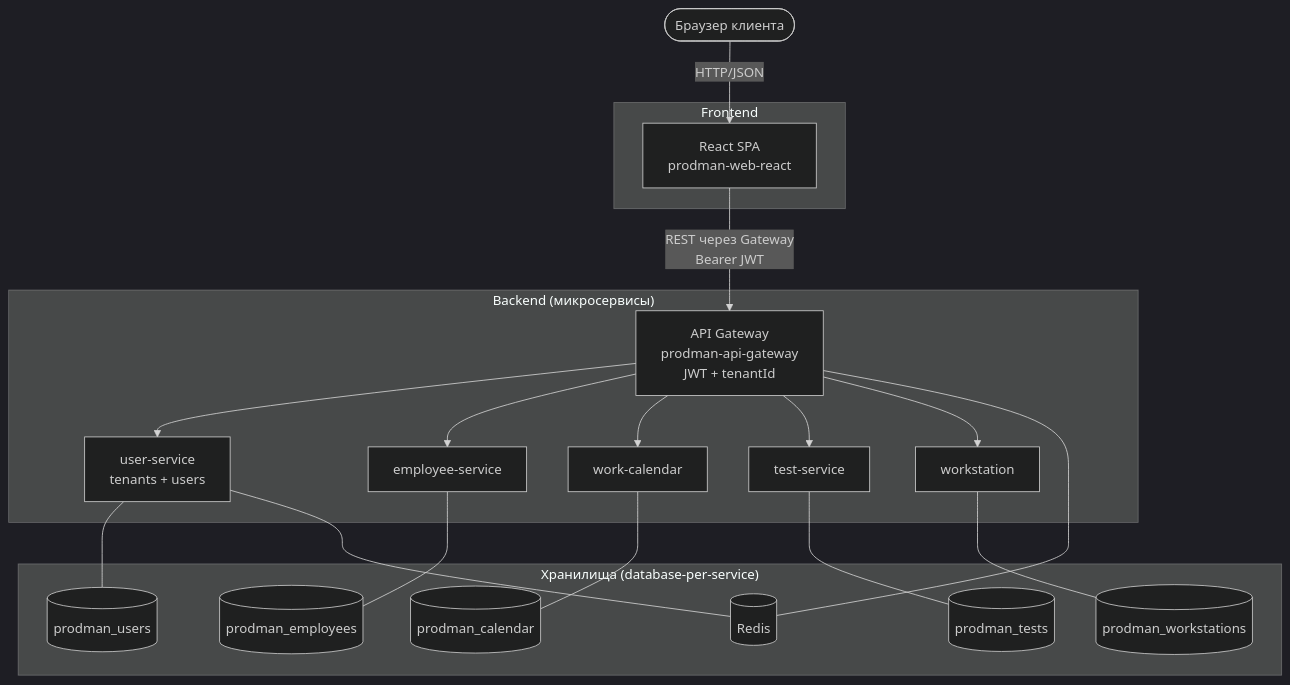
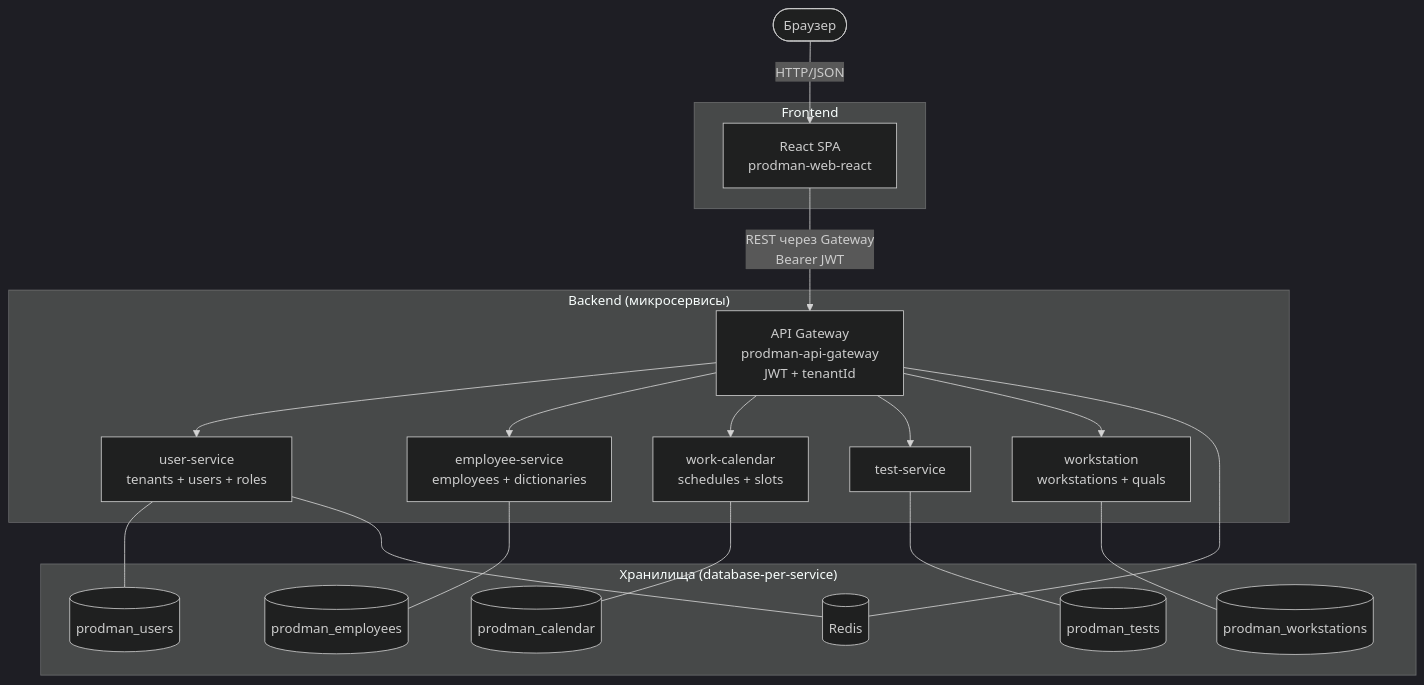
One commit to DaurenMash/production_manager changed the second of 6 diagrams in docs/architecture.md. Above: the diagram before and after it, drawn with Mermaid (dark theme). The commit also changed other lines of this file and 61 other files, not shown here.

````diff
--- a/docs/architecture.md
+++ b/docs/architecture.md
@@ -25,44 +25,44 @@
 ```mermaid
 flowchart TB
-    Browser([Браузер клиента])
+    Browser([Браузер])
 
     subgraph Front["Frontend"]
         SPA[React SPA<br/>prodman-web-react]
     end
 
     subgraph Back["Backend (микросервисы)"]
         GW[API Gateway<br/>prodman-api-gateway<br/>JWT + tenantId]
-        US[user-service<br/>tenants + users]
-        ES[employee-service]
-        WC[work-calendar]
+        US[user-service<br/>tenants + users + roles]
+        ES[employee-service<br/>employees + dictionaries]
+        WC[work-calendar<br/>schedules + slots]
         TS[test-service]
-        WS[workstation]
+        WS[workstation<br/>workstations + quals]
     end
 
     subgraph Data["Хранилища (database-per-service)"]
         DBU[(prodman_users)]
         DBE[(prodman_employees)]
         DBW[(prodman_calendar)]
         DBT[(prodman_tests)]
         DBX[(prodman_workstations)]
         RDS[(Redis)]
     end
 
     Browser -->|HTTP/JSON| SPA
     SPA -->|REST через Gateway<br/>Bearer JWT| GW
 
     GW --> US
     GW --> ES
     GW --> WC
     GW --> TS
     GW --> WS
 
     US --- DBU
     ES --- DBE
     WC --- DBW
     TS --- DBT
     WS --- DBX
 
     GW --- RDS
     US --- RDS
 ```
````
